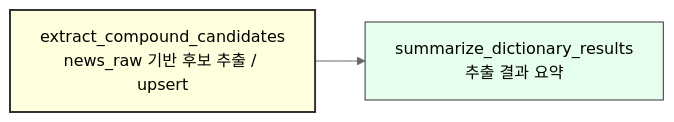
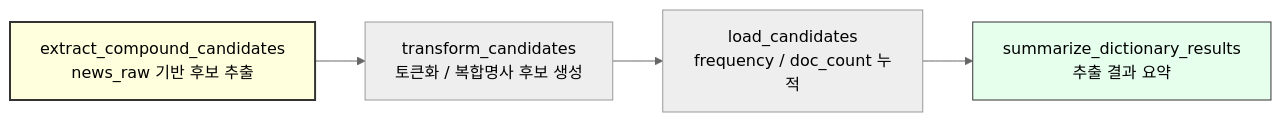
One commit to yeongmin-yu/news-trend-pipeline-dev changed the fourth of 6 diagrams in docs/develop/Q3_AIRFLOW_DAG.md. Above: the diagram before and after it, drawn with Mermaid (neutral theme).

````diff
--- a/docs/develop/Q3_AIRFLOW_DAG.md
+++ b/docs/develop/Q3_AIRFLOW_DAG.md
@@ -320,7 +320,9 @@
 ```mermaid
 flowchart LR
-    A["extract_compound_candidates<br/>news_raw 기반 후보 추출 / upsert"] --> B["summarize_dictionary_results<br/>추출 결과 요약"]
+    AA["extract_compound_candidates<br/>news_raw 기반 후보 추출 "]  --> B["transform_candidates<br/>토큰화 / 복합명사 후보 생성"]
+     B["transform_candidates<br/>토큰화 / 복합명사 후보 생성"] --> C["load_candidates<br/>frequency / doc_count 누적"]
+    C["load_candidates<br/>frequency / doc_count 누적"]--> BB["summarize_dictionary_results<br/>추출 결과 요약"]
 
-    style A fill:#ffffde,stroke:#333,stroke-width:2px,color:black
-    style B fill:#e6ffed,stroke:#333,stroke-width:1px,color:black
+    style AA fill:#ffffde,stroke:#333,stroke-width:2px,color:black
+    style BB fill:#e6ffed,stroke:#333,stroke-width:1px,color:black
 ```
````
